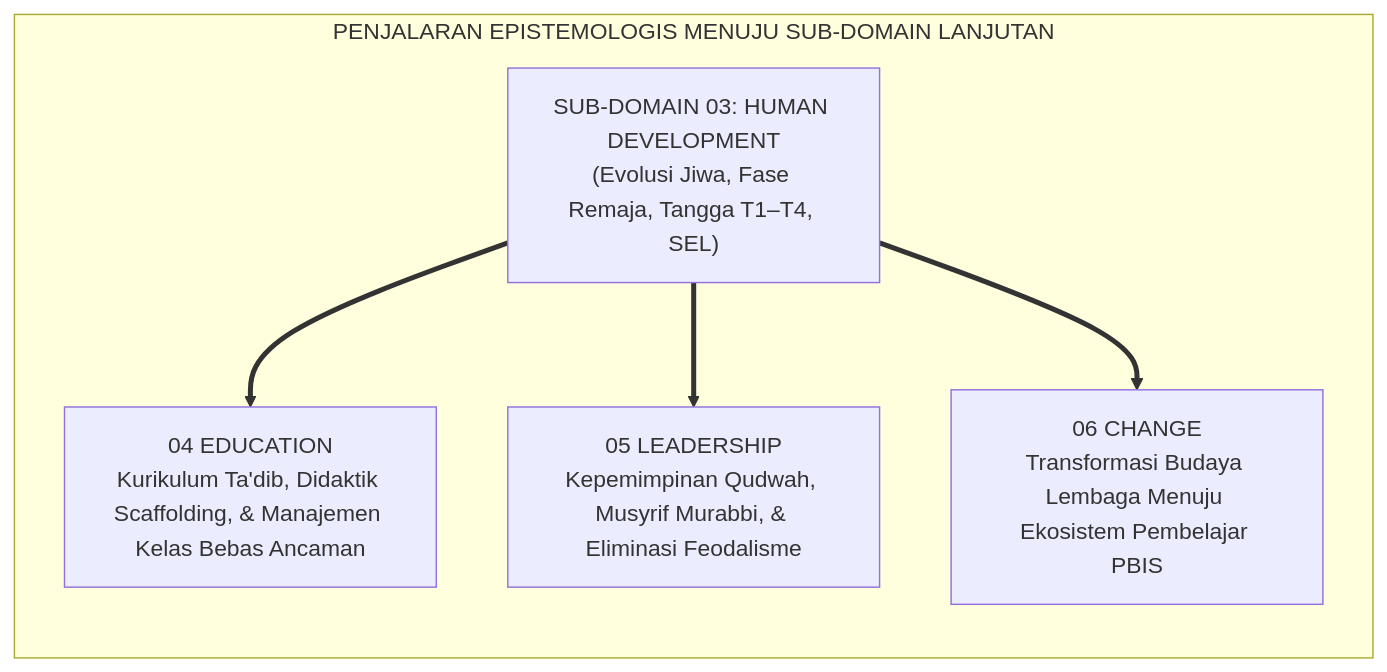
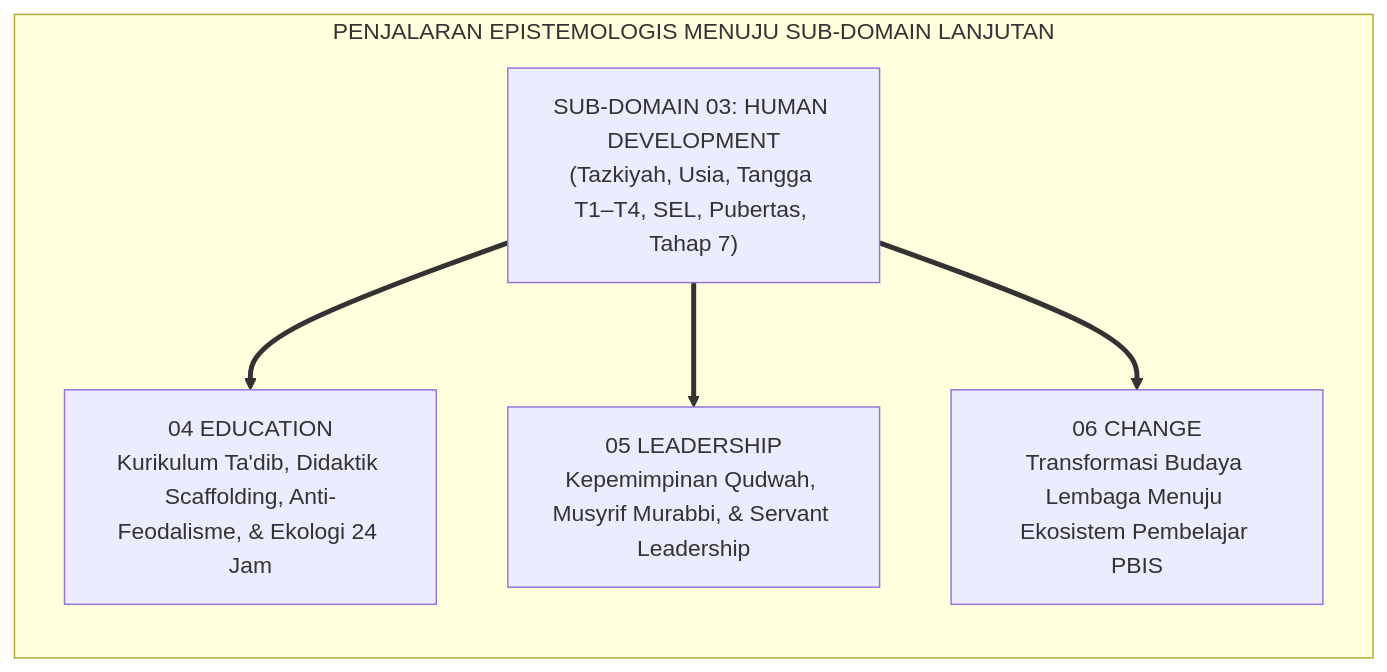
One commit to wandiapriliyandi/tumbuh changed the third of 3 diagrams in 01 Philosophy/03 Human Development/P1-03-Human-Development-TUMBUH.md. Above: the diagram before and after it, drawn with Mermaid. The commit also changed other lines of this file and 18 other files, not shown here.

````diff
--- a/01 Philosophy/03 Human Development/P1-03-Human-Development-TUMBUH.md
+++ b/01 Philosophy/03 Human Development/P1-03-Human-Development-TUMBUH.md
@@ -124,16 +132,16 @@
 ```mermaid
 graph LR
     subgraph PenjalaranFilosofis["PENJALARAN EPISTEMOLOGIS MENUJU SUB-DOMAIN LANJUTAN"]
-        HD["SUB-DOMAIN 03: HUMAN DEVELOPMENT<br/>(Evolusi Jiwa, Fase Remaja, Tangga T1–T4, SEL)"]
+        HD["SUB-DOMAIN 03: HUMAN DEVELOPMENT<br/>(Tazkiyah, Usia, Tangga T1–T4, SEL, Pubertas, Tahap 7)"]
         
-        ED["04 EDUCATION<br/>Kurikulum Ta'dib, Didaktik Scaffolding, & Manajemen Kelas Bebas Ancaman"]
+        ED["04 EDUCATION<br/>Kurikulum Ta'dib, Didaktik Scaffolding, Anti-Feodalisme, & Ekologi 24 Jam"]
         
-        LD["05 LEADERSHIP<br/>Kepemimpinan Qudwah, Musyrif Murabbi, & Eliminasi Feodalisme"]
+        LD["05 LEADERSHIP<br/>Kepemimpinan Qudwah, Musyrif Murabbi, & Servant Leadership"]
         
         CH["06 CHANGE<br/>Transformasi Budaya Lembaga Menuju Ekosistem Pembelajar PBIS"]
         
         HD ==> ED
         HD ==> LD
         HD ==> CH
     end
 ```
````
